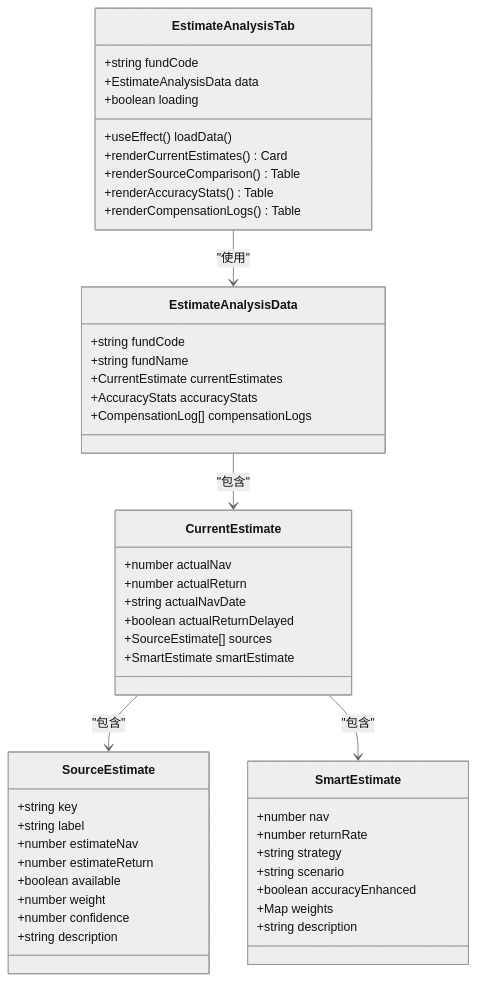
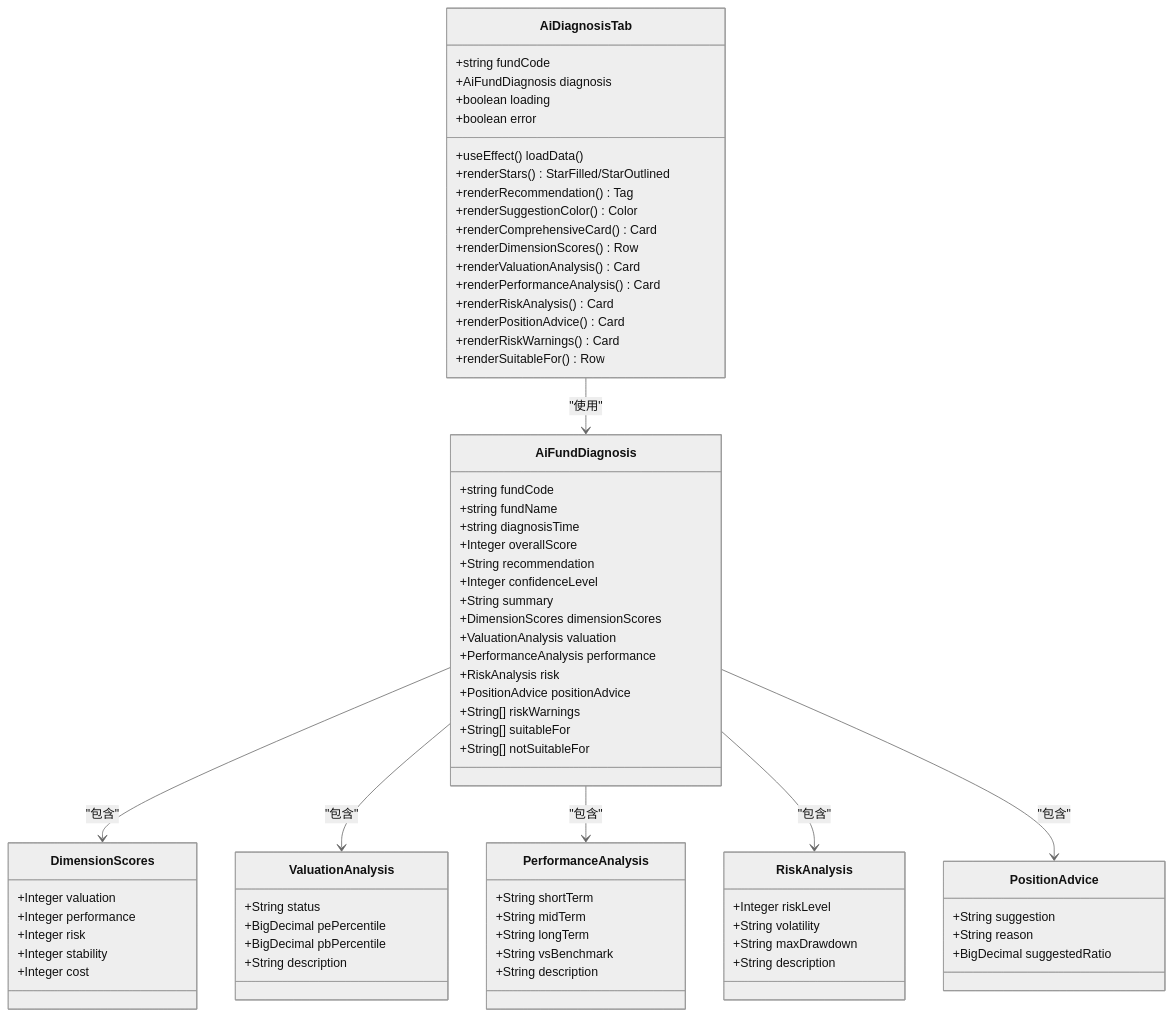
Before and after one commit to gree-coder/fund-butler: the tenth of 14 diagrams in .qoder/repowiki/zh/content/Fund Detail Enhancement.md, drawn with Mermaid (neutral theme). The commit also changed other lines of this file and 22 other files, not shown here.

````diff
--- a/.qoder/repowiki/zh/content/Fund Detail Enhancement.md
+++ b/.qoder/repowiki/zh/content/Fund Detail Enhancement.md
@@ -513,51 +578,75 @@
 ```mermaid
 classDiagram
-class EstimateAnalysisTab {
+class AiDiagnosisTab {
 +string fundCode
-+EstimateAnalysisData data
++AiFundDiagnosis diagnosis
 +boolean loading
++boolean error
 +useEffect() loadData()
-+renderCurrentEstimates() Card
-+renderSourceComparison() Table
-+renderAccuracyStats() Table
-+renderCompensationLogs() Table
++renderStars() StarFilled/StarOutlined
++renderRecommendation() Tag
++renderSuggestionColor() Color
++renderComprehensiveCard() Card
++renderDimensionScores() Row
++renderValuationAnalysis() Card
++renderPerformanceAnalysis() Card
++renderRiskAnalysis() Card
++renderPositionAdvice() Card
++renderRiskWarnings() Card
++renderSuitableFor() Row
 }
-class EstimateAnalysisData {
+class AiFundDiagnosis {
 +string fundCode
 +string fundName
-+CurrentEstimate currentEstimates
-+AccuracyStats accuracyStats
-+CompensationLog[] compensationLogs
++string diagnosisTime
++Integer overallScore
++String recommendation
++Integer confidenceLevel
++String summary
++DimensionScores dimensionScores
++ValuationAnalysis valuation
++PerformanceAnalysis performance
++RiskAnalysis risk
++PositionAdvice positionAdvice
++String[] riskWarnings
++String[] suitableFor
++String[] notSuitableFor
 }
-class CurrentEstimate {
-+number actualNav
-+number actualReturn
-+string actualNavDate
-+boolean actualReturnDelayed
-+SourceEstimate[] sources
-+SmartEstimate smartEstimate
+class DimensionScores {
++Integer valuation
++Integer performance
++Integer risk
++Integer stability
++Integer cost
 }
-class SourceEstimate {
-+string key
-+string label
-+number estimateNav
-+number estimateReturn
-+boolean available
-+number weight
-+number confidence
-+string description
+class ValuationAnalysis {
++String status
++BigDecimal pePercentile
++BigDecimal pbPercentile
++String description
 }
-class SmartEstimate {
-+number nav
-+number returnRate
-+string strategy
-+string scenario
-+boolean accuracyEnhanced
-+Map weights
-+string description
+class PerformanceAnalysis {
++String shortTerm
++String midTerm
++String longTerm
++String vsBenchmark
++String description
 }
-EstimateAnalysisTab --> EstimateAnalysisData : "使用"
-EstimateAnalysisData --> CurrentEstimate : "包含"
-CurrentEstimate --> SourceEstimate : "包含"
-CurrentEstimate --> SmartEstimate : "包含"
+class RiskAnalysis {
++Integer riskLevel
++String volatility
++String maxDrawdown
++String description
+}
+class PositionAdvice {
++String suggestion
++String reason
++BigDecimal suggestedRatio
+}
+AiDiagnosisTab --> AiFundDiagnosis : "使用"
+AiFundDiagnosis --> DimensionScores : "包含"
+AiFundDiagnosis --> ValuationAnalysis : "包含"
+AiFundDiagnosis --> PerformanceAnalysis : "包含"
+AiFundDiagnosis --> RiskAnalysis : "包含"
+AiFundDiagnosis --> PositionAdvice : "包含"
 ```
````
